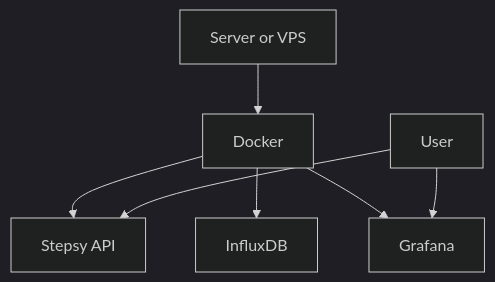
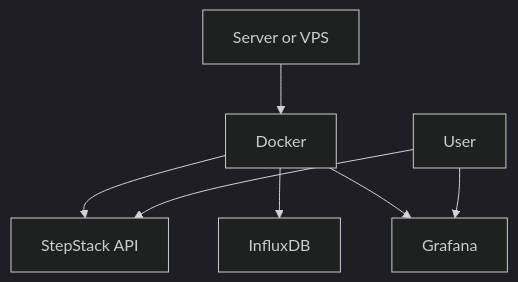
One commit to nikoswu/StepStack changed the fifth of 5 diagrams in README.md. Above: the diagram before and after it, drawn with Mermaid (dark theme). The commit also changed other lines of this file and 16 other files, not shown here.

Commit message:
Rename project from Stepsy to StepStack

````diff
--- a/README.md
+++ b/README.md
@@ -419,10 +419,10 @@
 ```mermaid
 flowchart TD
     A[Server or VPS] --> B[Docker]
-    B --> C[Stepsy API]
+    B --> C[StepStack API]
     B --> D[InfluxDB]
     B --> E[Grafana]
 
     U[User] --> C
     U --> E
 ```
````
